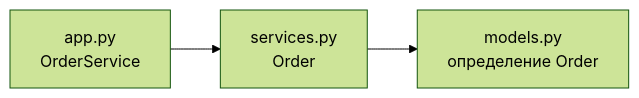
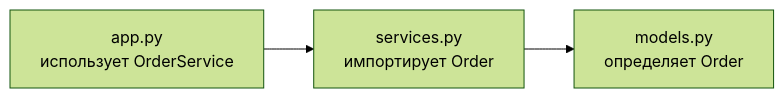
Before and after one commit to Vkuvalin/project-kb: the third of 5 diagrams in PRESENTATION.md, drawn with Mermaid (forest theme). The commit also changed other lines of this file and 16 other files, not shown here.

````diff
--- a/PRESENTATION.md
+++ b/PRESENTATION.md
@@ -108,5 +171,5 @@
 ```mermaid
 flowchart LR
-    App["app.py<br/>OrderService"] --> Service["services.py<br/>Order"]
-    Service --> Model["models.py<br/>определение Order"]
+    App["app.py<br/>использует OrderService"] --> Service["services.py<br/>импортирует Order"]
+    Service --> Model["models.py<br/>определяет Order"]
 ```
````
